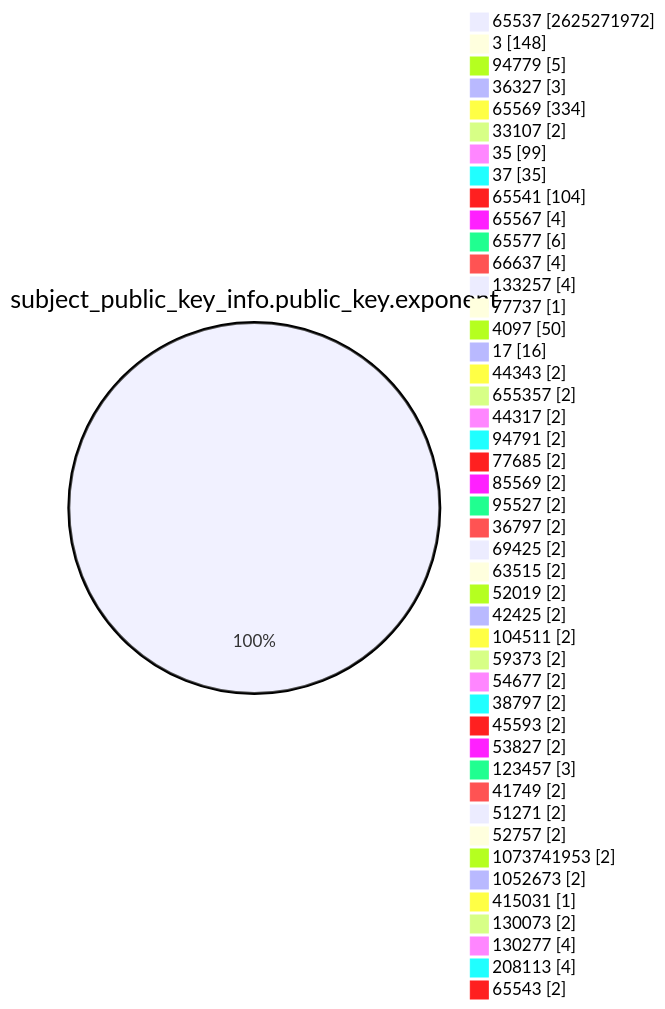
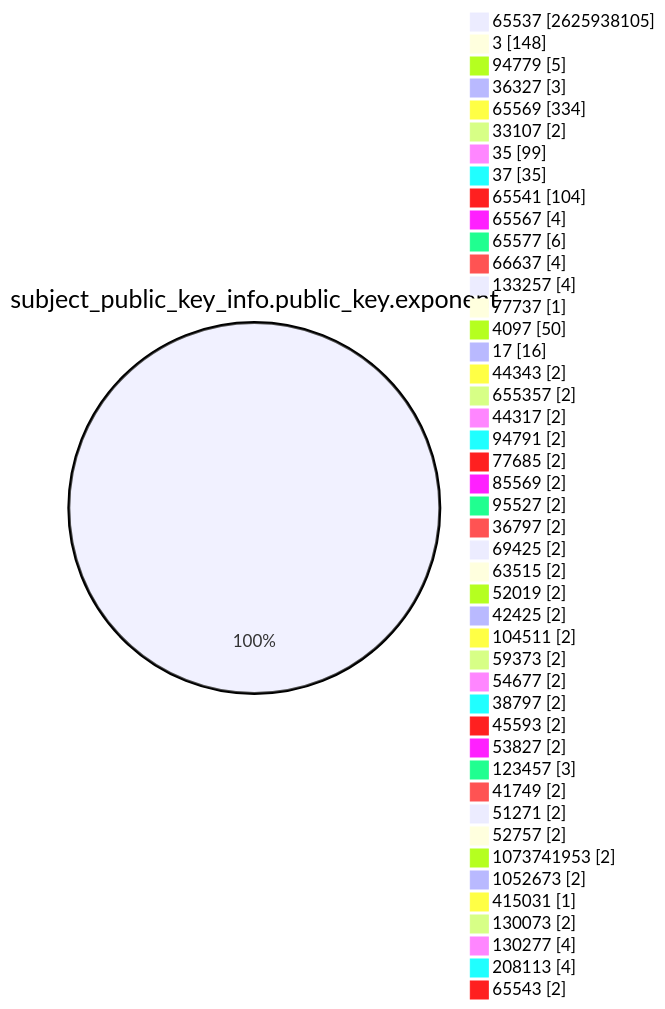
One commit to christiankrug/ctmonitor_visualization changed the fourth of 15 diagrams in TOTAL/README.md. Above: the diagram before and after it, drawn with Mermaid. The commit also changed other lines of this file, not shown here.

````diff
--- a/TOTAL/README.md
+++ b/TOTAL/README.md
@@ -1466,49 +1466,49 @@
 ```mermaid
 pie showData
 title subject_public_key_info.public_key.exponent
-"65537" :2625271972
+"65537" :2625938105
 "3" :148
 "94779" :5
 "36327" :3
 "65569" :334
 "33107" :2
 "35" :99
 "37" :35
 "65541" :104
 "65567" :4
 "65577" :6
 "66637" :4
 "133257" :4
 "77737" :1
 "4097" :50
 "17" :16
 "44343" :2
 "655357" :2
 "44317" :2
 "94791" :2
 "77685" :2
 "85569" :2
 "95527" :2
 "36797" :2
 "69425" :2
 "63515" :2
 "52019" :2
 "42425" :2
 "104511" :2
 "59373" :2
 "54677" :2
 "38797" :2
 "45593" :2
 "53827" :2
 "123457" :3
 "41749" :2
 "51271" :2
 "52757" :2
 "1073741953" :2
 "1052673" :2
 "415031" :1
 "130073" :2
 "130277" :4
 "208113" :4
 "65543" :2
 ```
````
